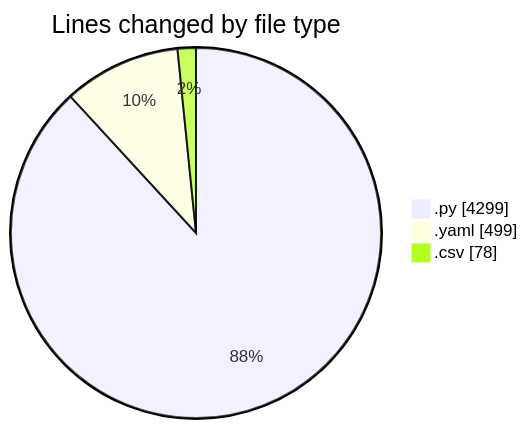
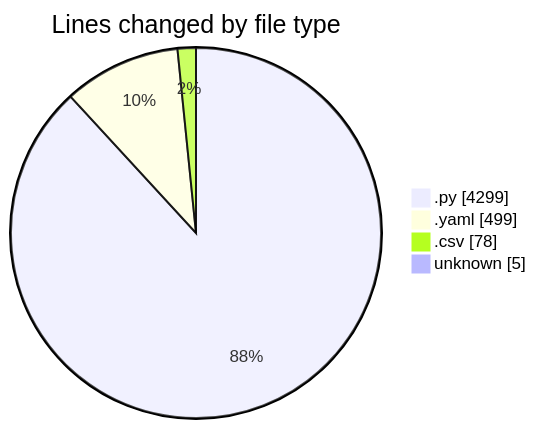
One commit to MatusMokan/code-tracking changed the first of 2 diagrams in 2025-03-01/myws__workspace_/README.md. Above: the diagram before and after it, drawn with Mermaid. The commit also changed other lines of this file and 1 other file, not shown here.

````diff
--- a/2025-03-01/myws__workspace_/README.md
+++ b/2025-03-01/myws__workspace_/README.md
@@ -32,7 +33,8 @@
 ```mermaid
 pie showData
 title Lines changed by file type
 ".py" : 4299
 ".yaml" : 499
 ".csv" : 78
+"unknown" : 5
 ```
````
